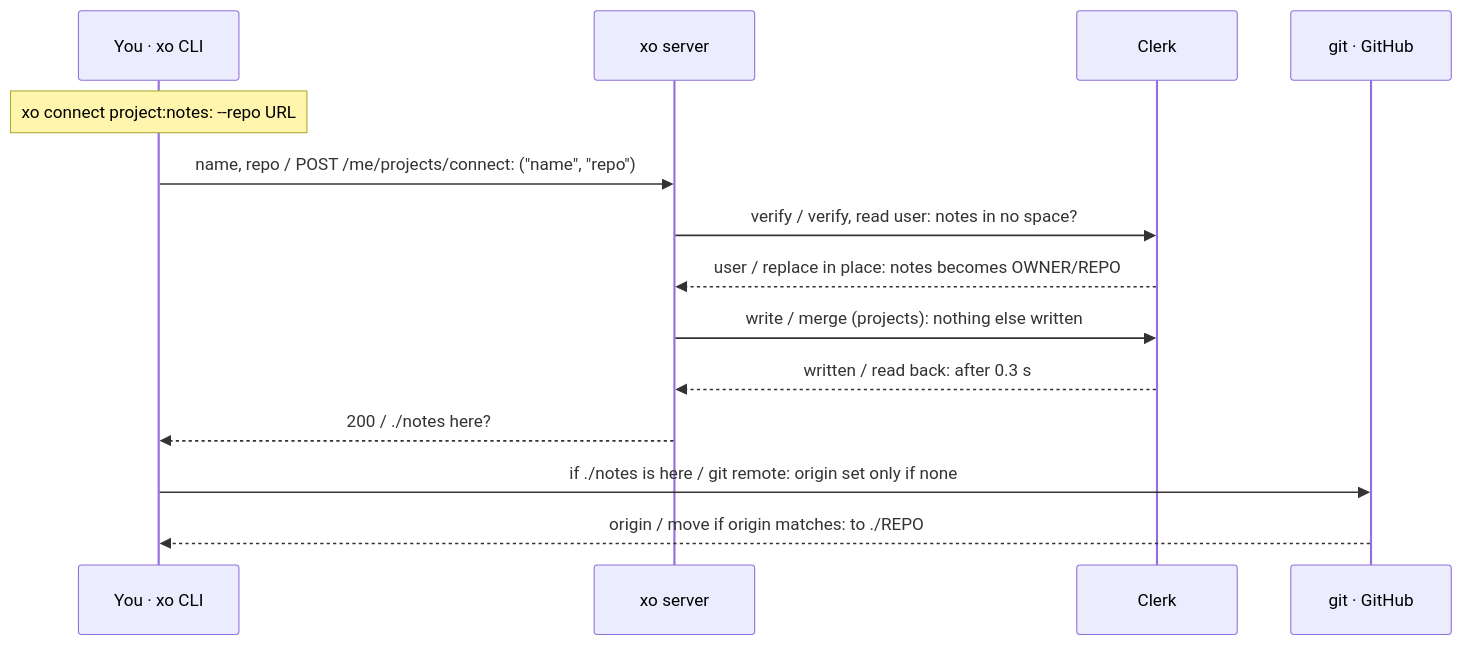
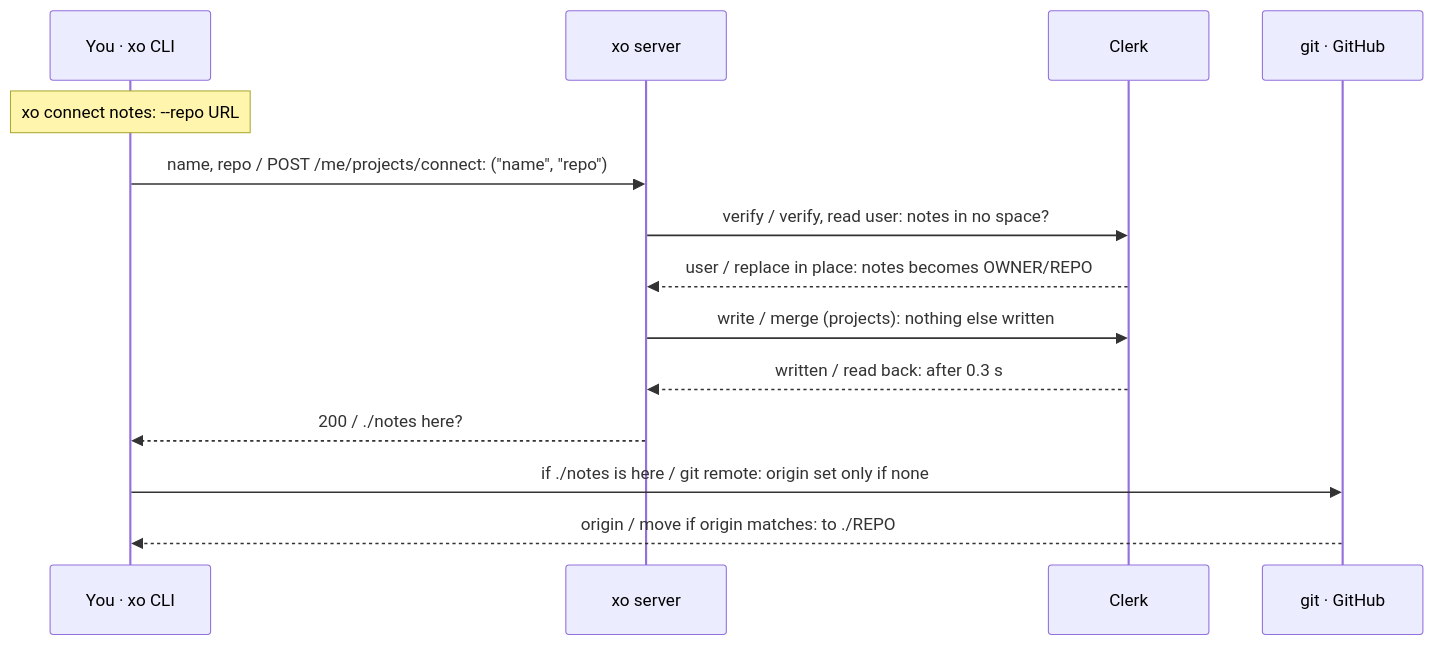
Diagram 13 of 30 in docs/architecture.md (quirq-ai/xo), drawn with Mermaid before and after one commit. The commit also changed other lines of this file and 5 other files, not shown here.

````diff
--- a/docs/architecture.md
+++ b/docs/architecture.md
@@ -297,16 +297,16 @@
 ```mermaid
 sequenceDiagram
   participant Cli as You · xo CLI
   participant Srv as xo server
   participant Clerk as Clerk
   participant Git as git · GitHub
-  Note over Cli: xo connect project:notes: --repo URL
+  Note over Cli: xo connect notes: --repo URL
   Cli->>Srv: name, repo / POST /me/projects/connect: ("name", "repo")
   Srv->>Clerk: verify / verify, read user: notes in no space?
   Clerk-->>Srv: user / replace in place: notes becomes OWNER/REPO
   Srv->>Clerk: write / merge (projects): nothing else written
   Clerk-->>Srv: written / read back: after 0.3 s
   Srv-->>Cli: 200 / ./notes here?
   Cli->>Git: if ./notes is here / git remote: origin set only if none
   Git-->>Cli: origin / move if origin matches: to ./REPO
 ```
````
